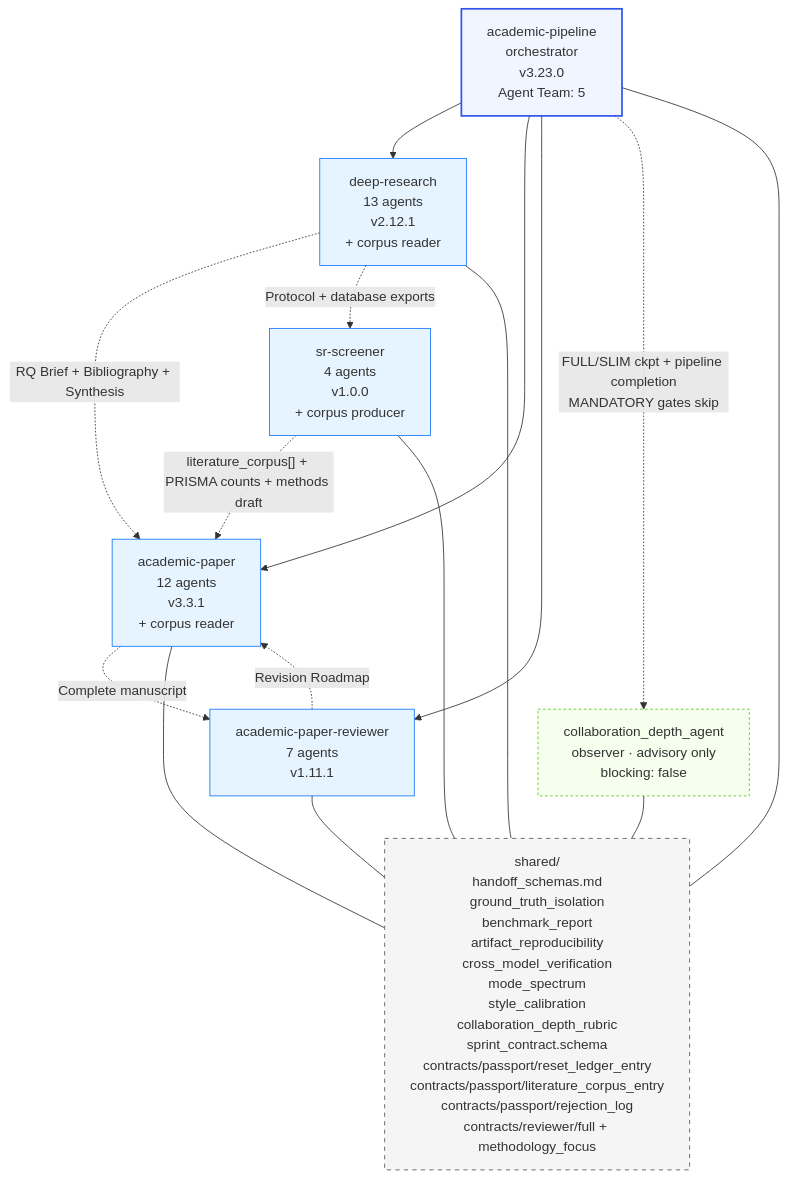
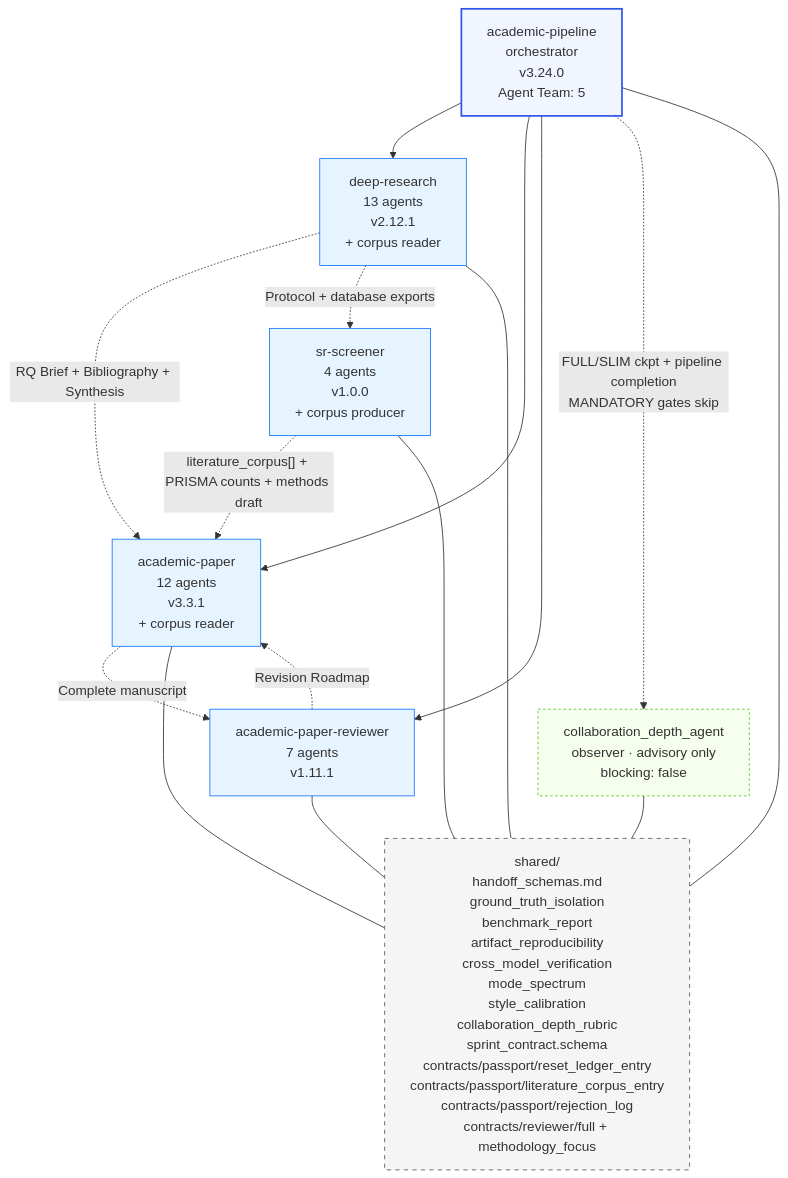
The fourth of 5 diagrams in skills/urban-exposure-review-radar-workflow/subskills/academic-research-suite/ars/docs/ARCHITECTURE.md (Lzy599775/agent-auto-sci-skills), drawn with Mermaid before and after one commit. The commit also changed other lines of this file and 197 other files, not shown here.

````diff
--- a/skills/urban-exposure-review-radar-workflow/subskills/academic-research-suite/ars/docs/ARCHITECTURE.md
+++ b/skills/urban-exposure-review-radar-workflow/subskills/academic-research-suite/ars/docs/ARCHITECTURE.md
@@ -220,35 +220,35 @@
 ```mermaid
 graph TD
-    Pipeline[academic-pipeline<br/>orchestrator<br/>v3.23.0<br/>Agent Team: 5]
+    Pipeline[academic-pipeline<br/>orchestrator<br/>v3.24.0<br/>Agent Team: 5]
     Observer[collaboration_depth_agent<br/>observer · advisory only<br/>blocking: false]
     DR[deep-research<br/>13 agents<br/>v2.12.1<br/>+ corpus reader]
     AP[academic-paper<br/>12 agents<br/>v3.3.1<br/>+ corpus reader]
     APR[academic-paper-reviewer<br/>7 agents<br/>v1.11.1]
     SRS[sr-screener<br/>4 agents<br/>v1.0.0<br/>+ corpus producer]
     Shared[shared/<br/>handoff_schemas.md<br/>ground_truth_isolation<br/>benchmark_report<br/>artifact_reproducibility<br/>cross_model_verification<br/>mode_spectrum<br/>style_calibration<br/>collaboration_depth_rubric<br/>sprint_contract.schema<br/>contracts/passport/reset_ledger_entry<br/>contracts/passport/literature_corpus_entry<br/>contracts/passport/rejection_log<br/>contracts/reviewer/full + methodology_focus]
 
     Pipeline --> DR
     Pipeline --> AP
     Pipeline --> APR
     Pipeline -. "FULL/SLIM ckpt + pipeline completion<br/>MANDATORY gates skip" .-> Observer
     DR -. "RQ Brief + Bibliography + Synthesis" .-> AP
     AP -. "Complete manuscript" .-> APR
     APR -. "Revision Roadmap" .-> AP
     DR -. "Protocol + database exports" .-> SRS
     SRS -. "literature_corpus[] + PRISMA counts + methods draft" .-> AP
     DR --- Shared
     AP --- Shared
     APR --- Shared
     Pipeline --- Shared
     Observer --- Shared
     SRS --- Shared
 
     classDef orch fill:#f0f5ff,stroke:#2f54eb,stroke-width:2px
     classDef skill fill:#e6f4ff,stroke:#1677ff
     classDef shared fill:#f5f5f5,stroke:#595959,stroke-dasharray:5 5
     classDef observer fill:#f6ffed,stroke:#52c41a,stroke-dasharray:3 3
     class Pipeline orch
     class DR,AP,APR,SRS skill
     class Shared shared
     class Observer observer
 ```
````
